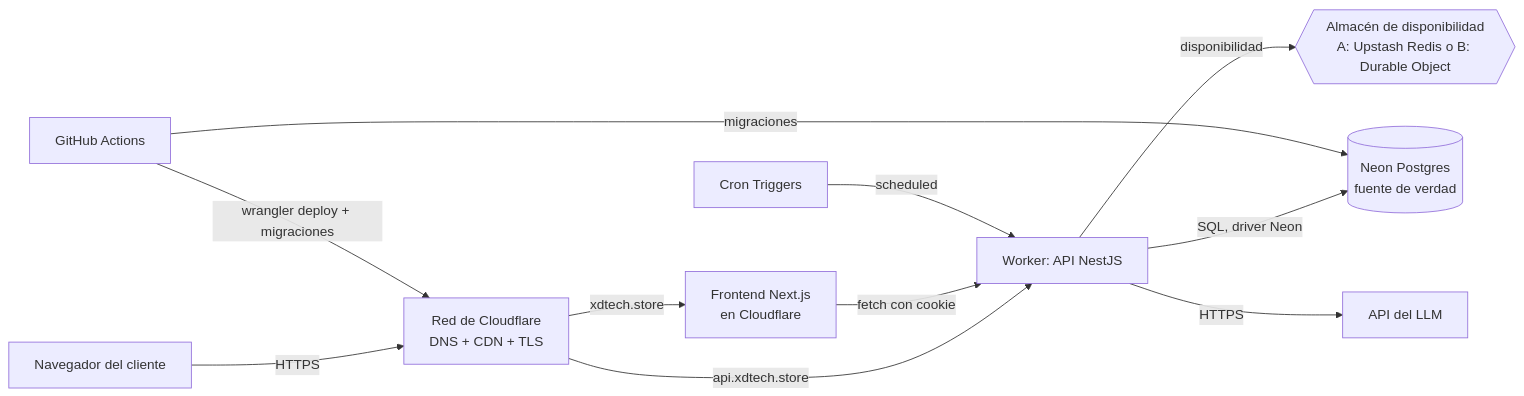
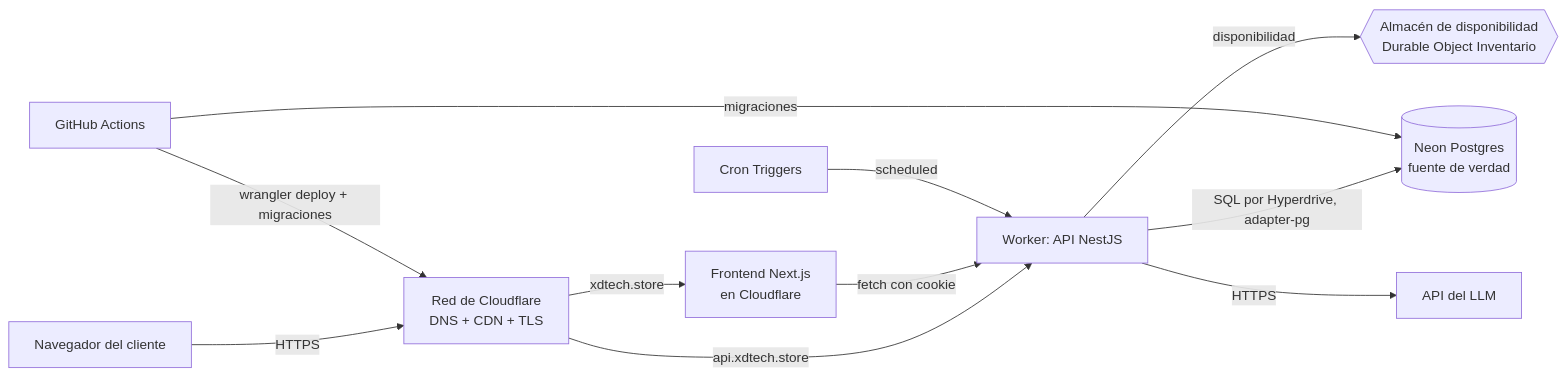
The first of 3 diagrams in docs/01_arquitectura_despliegue.md (lllXDlll/ventas_pc), drawn with Mermaid before and after one commit. The commit also changed other lines of this file and 9 other files, not shown here.

````diff
--- a/docs/01_arquitectura_despliegue.md
+++ b/docs/01_arquitectura_despliegue.md
@@ -9,13 +9,13 @@
 ```mermaid
 flowchart LR
     U[Navegador del cliente] -->|HTTPS| CF[Red de Cloudflare<br/>DNS + CDN + TLS]
     CF -->|xdtech.store| WEB[Frontend Next.js<br/>en Cloudflare]
     CF -->|api.xdtech.store| API[Worker: API NestJS]
     WEB -->|fetch con cookie| API
-    API -->|SQL, driver Neon| PG[(Neon Postgres<br/>fuente de verdad)]
-    API -->|disponibilidad| AV{{Almacén de disponibilidad<br/>A: Upstash Redis o B: Durable Object}}
+    API -->|SQL por Hyperdrive, adapter-pg| PG[(Neon Postgres<br/>fuente de verdad)]
+    API -->|disponibilidad| AV{{Almacén de disponibilidad<br/>Durable Object Inventario}}
     API -->|HTTPS| LLM[API del LLM]
     CRON[Cron Triggers] -->|scheduled| API
     GH[GitHub Actions] -->|wrangler deploy + migraciones| CF
     GH -->|migraciones| PG
 ```
````
